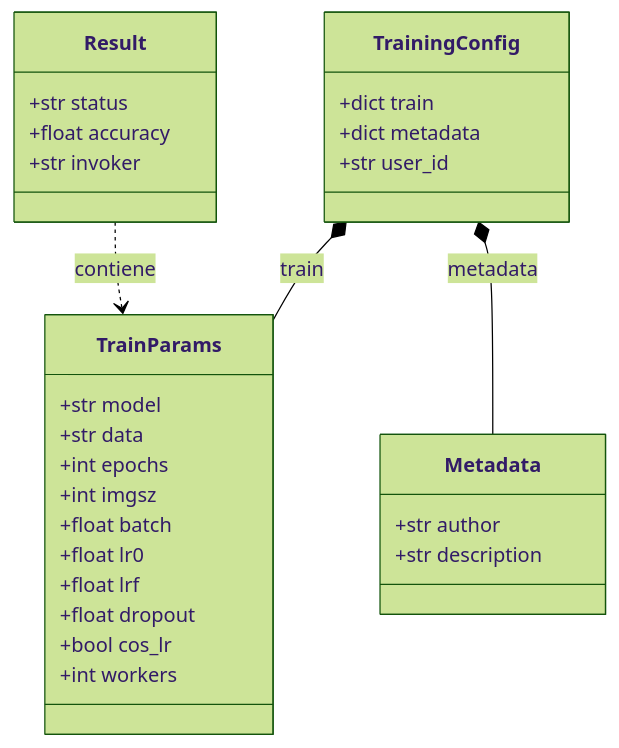
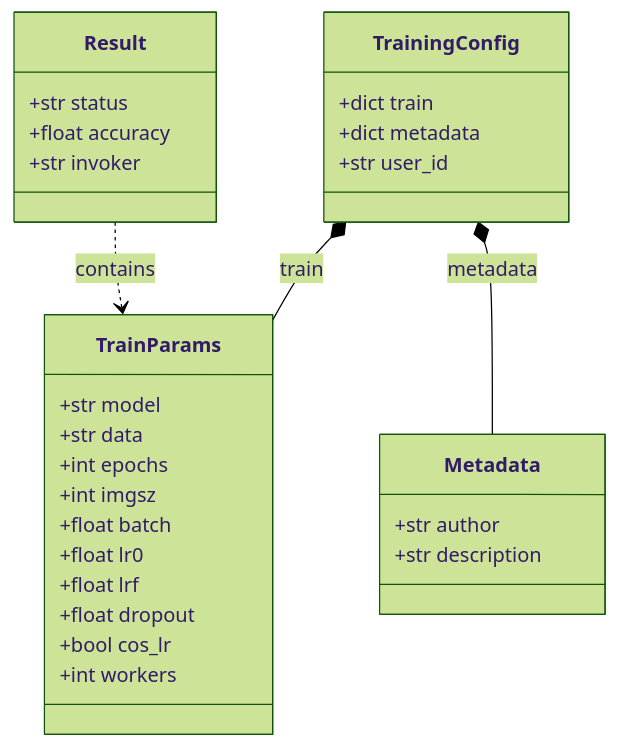
The fourth of 4 diagrams in test_manual/README.md (wisrovi/wyoloservice2_invoker), drawn with Mermaid (forest theme) before and after one commit. The commit also changed other lines of this file and 26 other files, not shown here.

````diff
--- a/test_manual/README.md
+++ b/test_manual/README.md
@@ -237,36 +237,36 @@
 ```mermaid
 classDiagram
     class TrainingConfig {
         +dict train
         +dict metadata
         +str user_id
     }
 
     class TrainParams {
         +str model
         +str data
         +int epochs
         +int imgsz
         +float batch
         +float lr0
         +float lrf
         +float dropout
         +bool cos_lr
         +int workers
     }
 
     class Metadata {
         +str author
         +str description
     }
 
     class Result {
         +str status
         +float accuracy
         +str invoker
     }
 
     TrainingConfig *-- TrainParams : train
     TrainingConfig *-- Metadata : metadata
-    Result ..> TrainParams : contiene
+    Result ..> TrainParams : contains
 ```
````
